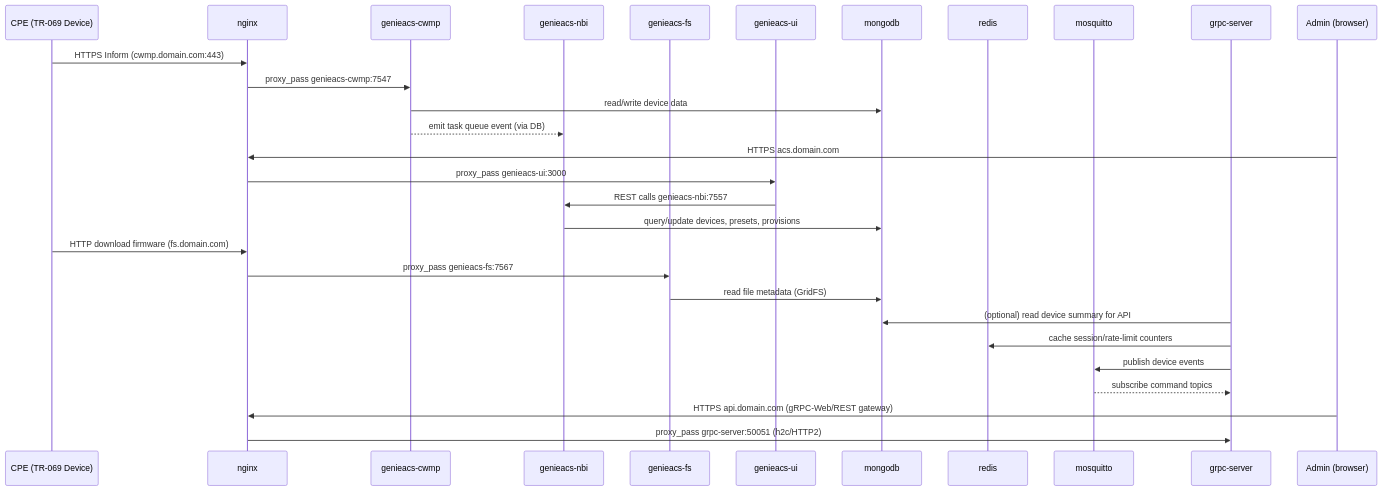
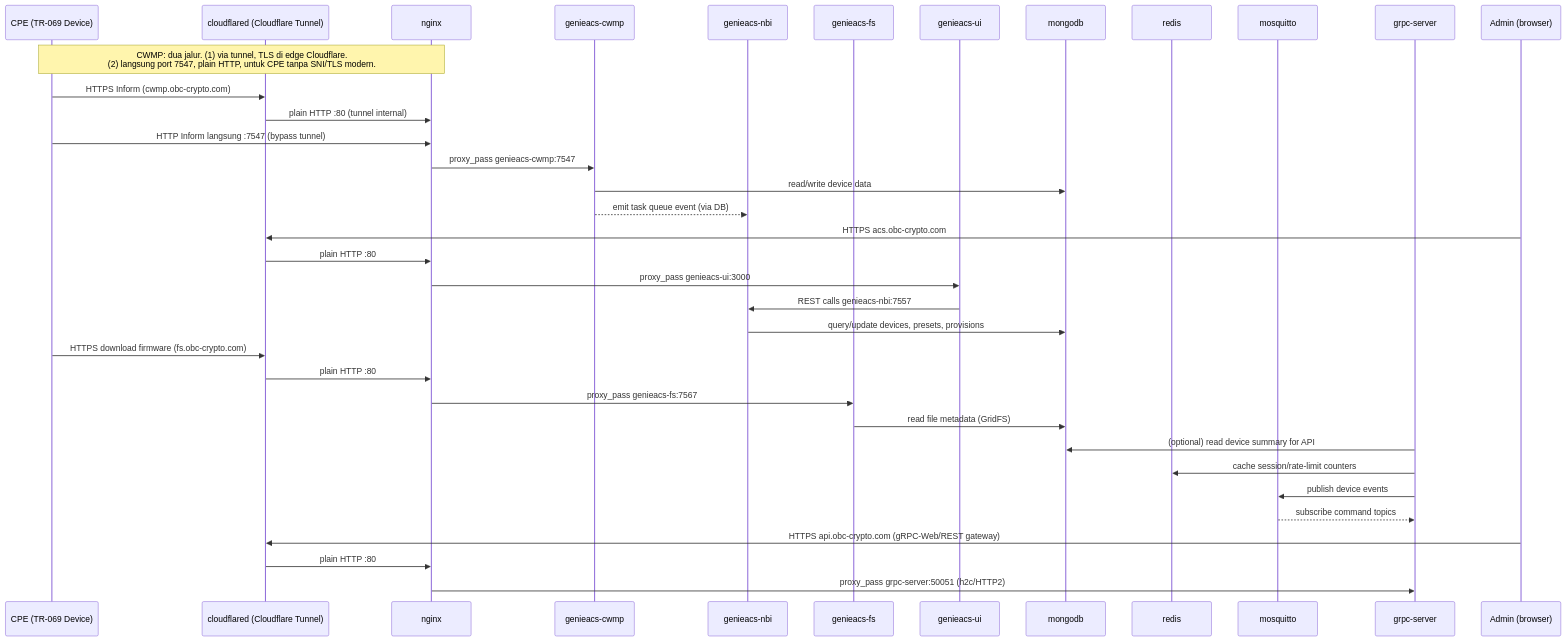
The diagram in docs/03-service-communication.md (warungbudina-digital/akses-vps), drawn with Mermaid before and after one commit. The commit also changed other lines of this file and 3 other files, not shown here.

````diff
--- a/docs/03-service-communication.md
+++ b/docs/03-service-communication.md
@@ -3,33 +9,40 @@
 ```mermaid
 sequenceDiagram
     participant CPE as CPE (TR-069 Device)
+    participant CFD as cloudflared (Cloudflare Tunnel)
     participant NG as nginx
     participant CWMP as genieacs-cwmp
     participant NBI as genieacs-nbi
     participant FS as genieacs-fs
     participant UI as genieacs-ui
     participant DB as mongodb
     participant RD as redis
     participant MQ as mosquitto
     participant GR as grpc-server
     participant AD as Admin (browser)
 
-    CPE->>NG: HTTPS Inform (cwmp.domain.com:443)
+    Note over CPE,NG: CWMP: dua jalur. (1) via tunnel, TLS di edge Cloudflare.<br/>(2) langsung port 7547, plain HTTP, untuk CPE tanpa SNI/TLS modern.
+    CPE->>CFD: HTTPS Inform (cwmp.obc-crypto.com)
+    CFD->>NG: plain HTTP :80 (tunnel internal)
+    CPE->>NG: HTTP Inform langsung :7547 (bypass tunnel)
     NG->>CWMP: proxy_pass genieacs-cwmp:7547
     CWMP->>DB: read/write device data
     CWMP-->>NBI: emit task queue event (via DB)
-    AD->>NG: HTTPS acs.domain.com
+    AD->>CFD: HTTPS acs.obc-crypto.com
+    CFD->>NG: plain HTTP :80
     NG->>UI: proxy_pass genieacs-ui:3000
     UI->>NBI: REST calls genieacs-nbi:7557
     NBI->>DB: query/update devices, presets, provisions
-    CPE->>NG: HTTP download firmware (fs.domain.com)
+    CPE->>CFD: HTTPS download firmware (fs.obc-crypto.com)
+    CFD->>NG: plain HTTP :80
     NG->>FS: proxy_pass genieacs-fs:7567
     FS->>DB: read file metadata (GridFS)
 
     GR->>DB: (optional) read device summary for API
     GR->>RD: cache session/rate-limit counters
     GR->>MQ: publish device events
     MQ-->>GR: subscribe command topics
-    AD->>NG: HTTPS api.domain.com (gRPC-Web/REST gateway)
+    AD->>CFD: HTTPS api.obc-crypto.com (gRPC-Web/REST gateway)
+    CFD->>NG: plain HTTP :80
     NG->>GR: proxy_pass grpc-server:50051 (h2c/HTTP2)
 ```
````
